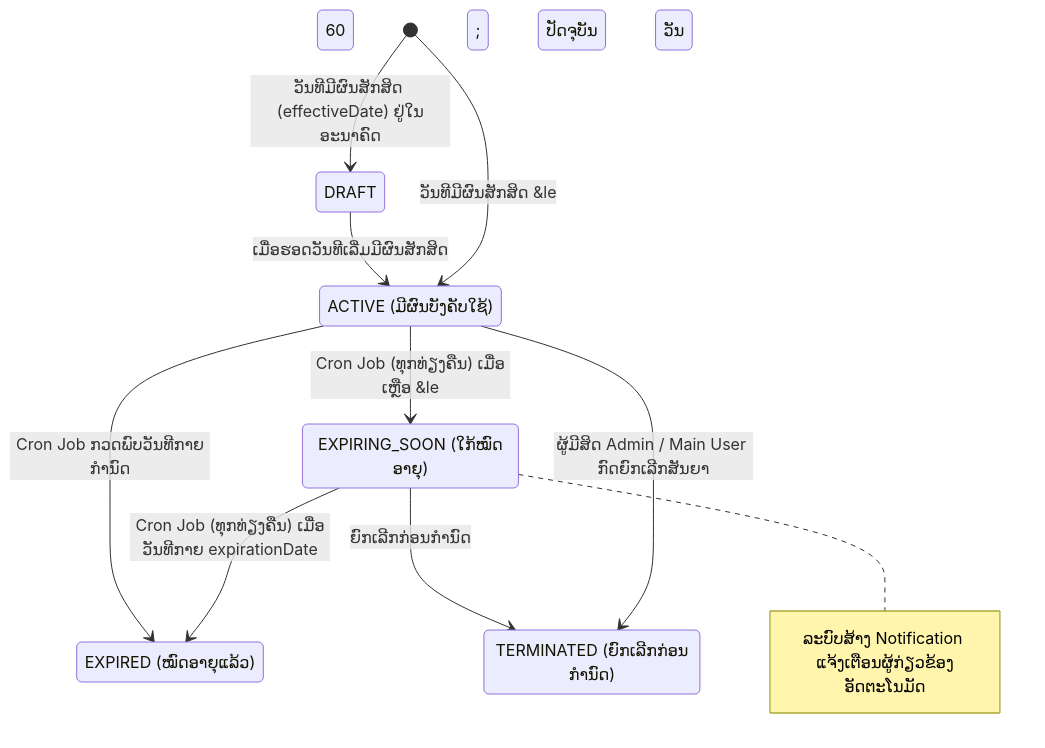
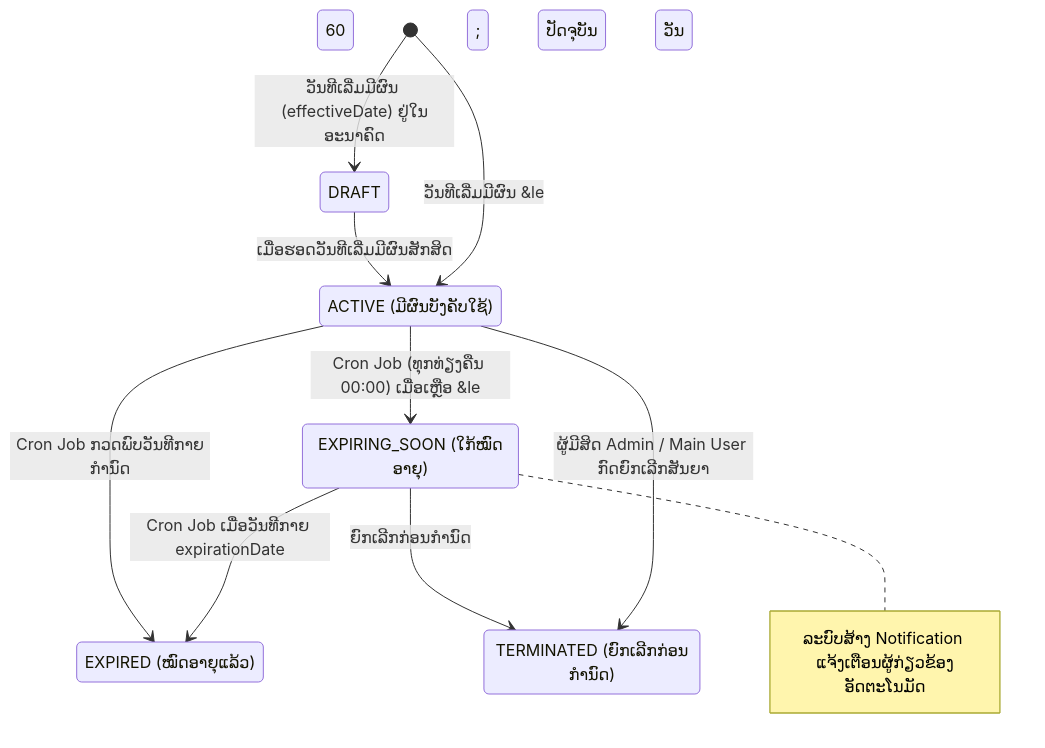
The fourth of 8 diagrams in SYSTEM_FLOW_AND_MODULES.md (SamMie341/legal-contract-backend), drawn with Mermaid before and after one commit. The commit also changed other lines of this file and 99 other files, not shown here.

````diff
--- a/SYSTEM_FLOW_AND_MODULES.md
+++ b/SYSTEM_FLOW_AND_MODULES.md
@@ -169,22 +217,22 @@
 ```mermaid
 stateDiagram-v2
-    [*] --> DRAFT: ວັນທີມີຜົນສັກສິດ (effectiveDate) ຢູ່ໃນອະນາຄົດ
-    [*] --> ACTIVE: ວັນທີມີຜົນສັກສິດ &le; ປັດຈຸບັນ
+    [*] --> DRAFT: ວັນທີເລີ່ມມີຜົນ (effectiveDate) ຢູ່ໃນອະນາຄົດ
+    [*] --> ACTIVE: ວັນທີເລີ່ມມີຜົນ &le; ປັດຈຸບັນ
     DRAFT --> ACTIVE: ເມື່ອຮອດວັນທີເລີ່ມມີຜົນສັກສິດ
 
     state "ACTIVE (ມີຜົນບັງຄັບໃຊ້)" as ACTIVE
     state "EXPIRING_SOON (ໃກ້ໝົດອາຍຸ)" as EXPIRING_SOON
     state "EXPIRED (ໝົດອາຍຸແລ້ວ)" as EXPIRED
     state "TERMINATED (ຍົກເລີກກ່ອນກຳນົດ)" as TERMINATED
 
-    ACTIVE --> EXPIRING_SOON: Cron Job (ທຸກທ່ຽງຄືນ) ເມື່ອເຫຼືອ &le; 60 ວັນ
-    EXPIRING_SOON --> EXPIRED: Cron Job (ທຸກທ່ຽງຄືນ) ເມື່ອວັນທີກາຍ expirationDate
+    ACTIVE --> EXPIRING_SOON: Cron Job (ທຸກທ່ຽງຄືນ 00:00) ເມື່ອເຫຼືອ &le; 60 ວັນ
+    EXPIRING_SOON --> EXPIRED: Cron Job ເມື່ອວັນທີກາຍ expirationDate
     ACTIVE --> EXPIRED: Cron Job ກວດພົບວັນທີກາຍກຳນົດ
     ACTIVE --> TERMINATED: ຜູ້ມີສິດ Admin / Main User ກົດຍົກເລີກສັນຍາ
     EXPIRING_SOON --> TERMINATED: ຍົກເລີກກ່ອນກຳນົດ
 
     note right of EXPIRING_SOON
         ລະບົບສ້າງ Notification 
         ແຈ້ງເຕືອນຜູ້ກ່ຽວຂ້ອງອັດຕະໂນມັດ
     end note
 ```
````
